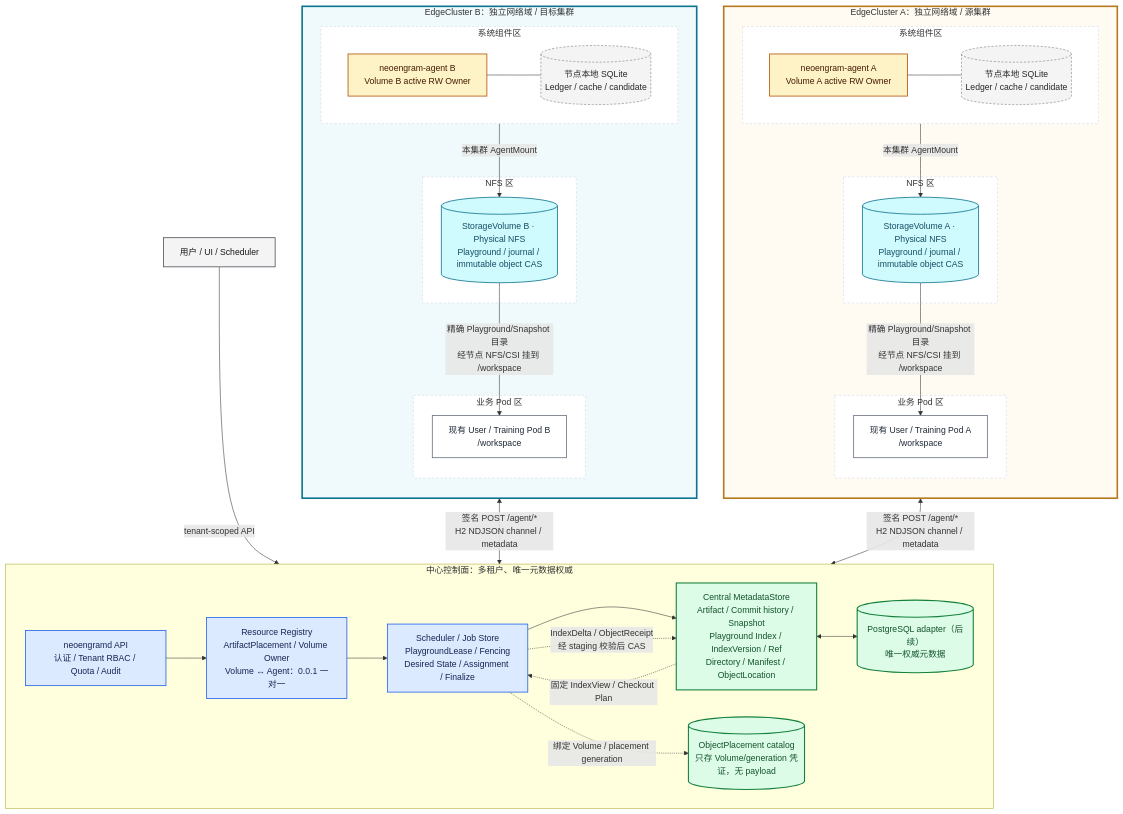
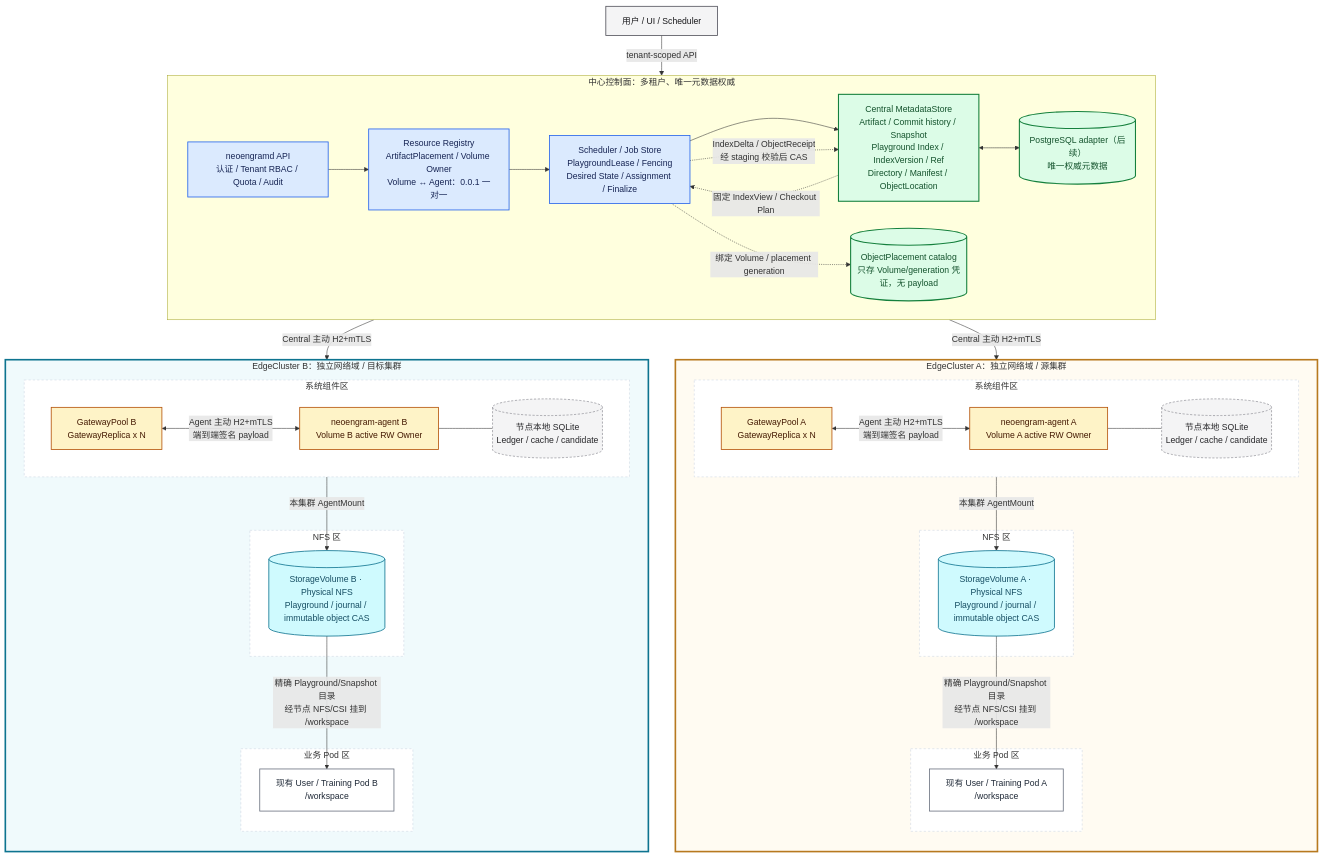
The diagram in docs/agent-central-control.md (kwsc98/neoengram), drawn with Mermaid before and after one commit. The commit also changed other lines of this file and 133 other files, not shown here.

```diff
--- a/docs/agent-central-control.md
+++ b/docs/agent-central-control.md
@@ -338,6 +358,7 @@
         direction TB
         subgraph SYS_A["系统组件区"]
             direction LR
+            GW_A["GatewayPool A<br/>GatewayReplica x N"]
             AGENT_A["neoengram-agent A<br/>Volume A active RW Owner"]
             LOCAL_A[("节点本地 SQLite<br/>Ledger / cache / candidate")]
             AGENT_A --- LOCAL_A
@@ -356,6 +377,7 @@
         direction TB
         subgraph SYS_B["系统组件区"]
             direction LR
+            GW_B["GatewayPool B<br/>GatewayReplica x N"]
             AGENT_B["neoengram-agent B<br/>Volume B active RW Owner"]
             LOCAL_B[("节点本地 SQLite<br/>Ledger / cache / candidate")]
             AGENT_B --- LOCAL_B
@@ -372,8 +394,10 @@
 
     USER -->|"tenant-scoped API"| API
 
-    AGENT_A <-->|"签名 POST /agent/*<br/>H2 NDJSON channel / metadata"| JOBS
-    AGENT_B <-->|"签名 POST /agent/*<br/>H2 NDJSON channel / metadata"| JOBS
+    JOBS -->|"Central 主动 H2+mTLS"| GW_A
+    JOBS -->|"Central 主动 H2+mTLS"| GW_B
+    GW_A <-->|"Agent 主动 H2+mTLS<br/>端到端签名 payload"| AGENT_A
+    GW_B <-->|"Agent 主动 H2+mTLS<br/>端到端签名 payload"| AGENT_B
     META -.->|"固定 IndexView / Checkout Plan"| JOBS
     JOBS -.->|"IndexDelta / ObjectReceipt<br/>经 staging 校验后 CAS"| META
     JOBS -.->|"绑定 Volume / placement generation"| PLACEMENTS
@@ -389,7 +413,7 @@
     class USER entry;
     class API,REGISTRY,JOBS control;
     class META,PG,PLACEMENTS authority;
-    class AGENT_A,AGENT_B agent;
+    class GW_A,GW_B,AGENT_A,AGENT_B agent;
     class POD_A,POD_B workload;
     class LOCAL_A,LOCAL_B local;
     class NFS_A,NFS_B storage;
```
